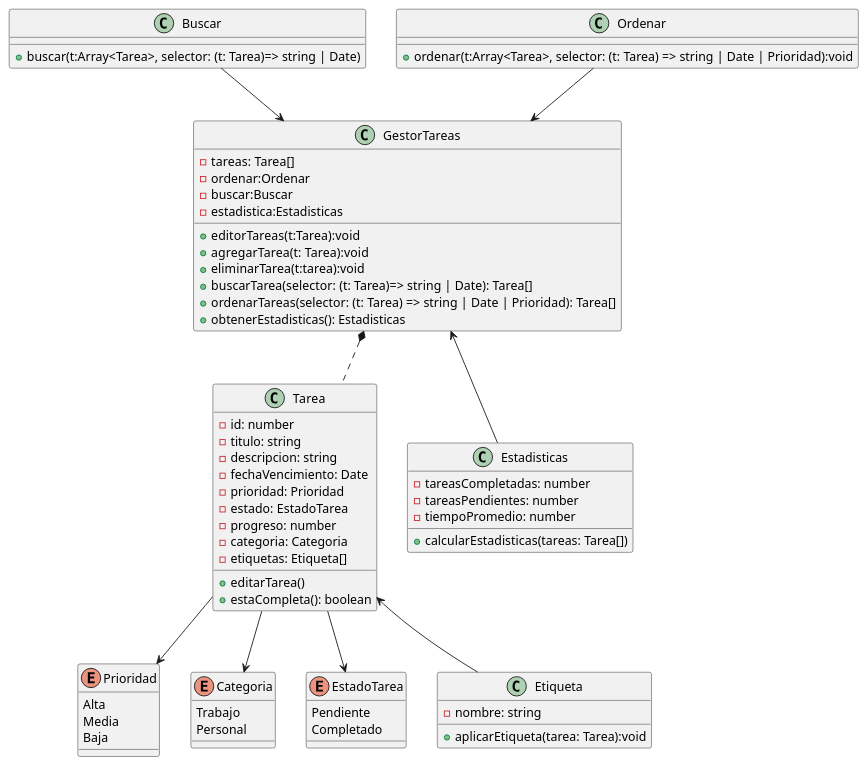
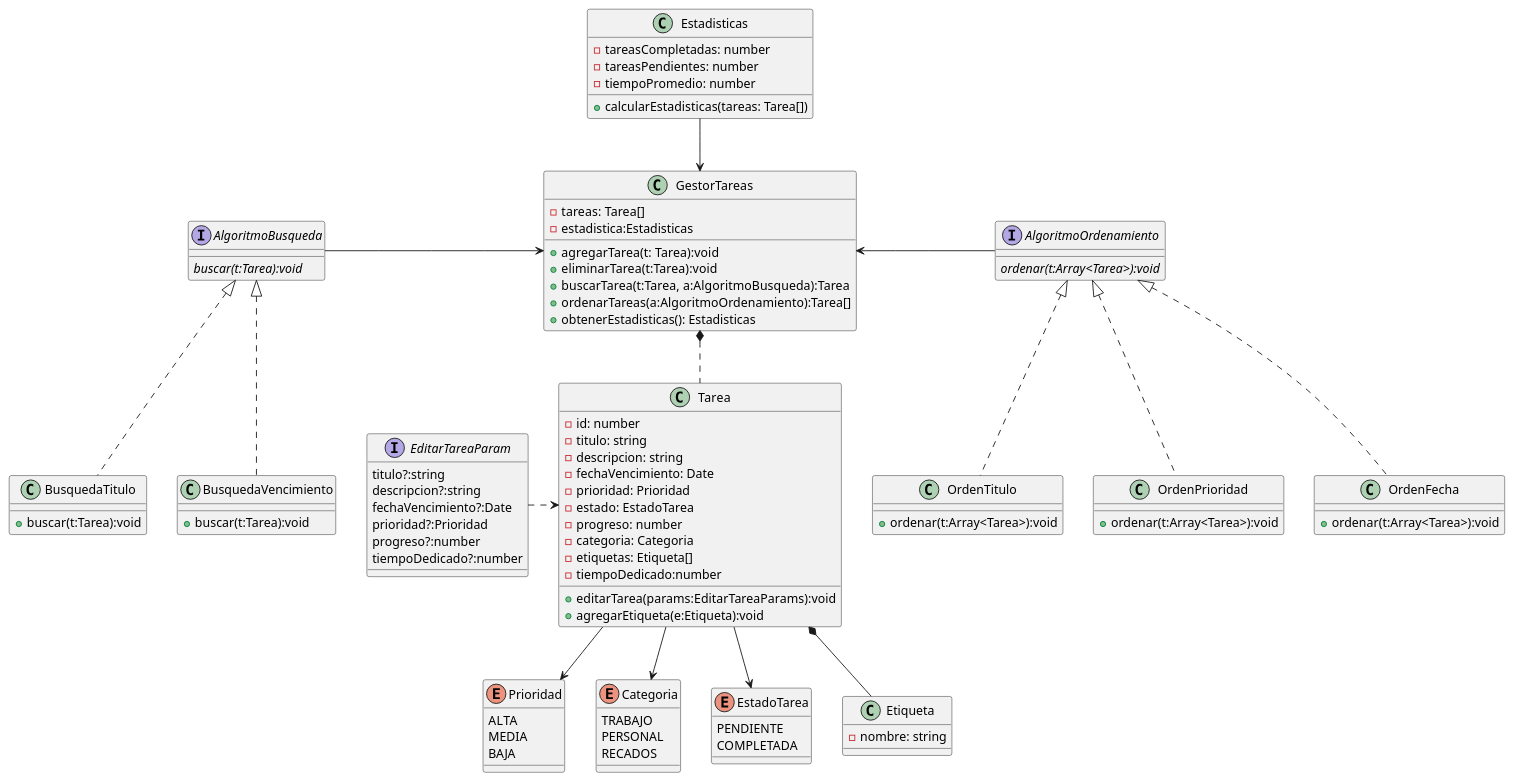
One commit to emmekka/todo_app changed the diagram in todo_app/docs/diagramav2.puml. Above: the diagram before and after it, drawn with PlantUML. The commit also changed 15 other files, not shown here.

```diff
--- a/todo_app/docs/diagramav2.puml
+++ b/todo_app/docs/diagramav2.puml
@@ -1,79 +1,106 @@
 @startuml AppTareas
 
 enum Prioridad {
-    Alta
-    Media
-    Baja
+    ALTA
+    MEDIA
+    BAJA
 }
 
 enum Categoria {
-    Trabajo
-    Personal
+    TRABAJO
+    PERSONAL
+    RECADOS
 }
 
 enum EstadoTarea {
-    Pendiente
-    Completado
+    PENDIENTE
+    COMPLETADA
+}
+
+interface EditarTareaParam {
+    titulo?:string
+    descripcion?:string
+    fechaVencimiento?:Date
+    prioridad?:Prioridad
+    progreso?:number
+    tiempoDedicado?:number
 }
 
 class Tarea {
     -id: number
     -titulo: string
     -descripcion: string
     -fechaVencimiento: Date
     -prioridad: Prioridad
     -estado: EstadoTarea
     -progreso: number
     -categoria: Categoria
     -etiquetas: Etiqueta[]
+    -tiempoDedicado:number
 
-    +editarTarea()
-    +estaCompleta(): boolean
+    +editarTarea(params:EditarTareaParams):void
+    +agregarEtiqueta(e:Etiqueta):void 
 }
 
 
 class GestorTareas {
     -tareas: Tarea[]
-    -ordenar:Ordenar
-    -buscar:Buscar
     -estadistica:Estadisticas
 
-    +editorTareas(t:Tarea):void
     +agregarTarea(t: Tarea):void
-    +eliminarTarea(t:tarea):void
-    +buscarTarea(selector: (t: Tarea)=> string | Date): Tarea[]
-    +ordenarTareas(selector: (t: Tarea) => string | Date | Prioridad): Tarea[]
+    +eliminarTarea(t:Tarea):void
+    +buscarTarea(t:Tarea, a:AlgoritmoBusqueda):Tarea
+    +ordenarTareas(a:AlgoritmoOrdenamiento):Tarea[]
     +obtenerEstadisticas(): Estadisticas
 }
 
-class Buscar {
-    +buscar(t:Array<Tarea>, selector: (t: Tarea)=> string | Date)
+interface AlgoritmoBusqueda {
+    <i>buscar(t:Tarea):void
 }
 
-class Ordenar {
-    +ordenar(t:Array<Tarea>, selector: (t: Tarea) => string | Date | Prioridad):void
+class BusquedaTitulo implements AlgoritmoBusqueda{
+    +buscar(t:Tarea):void
 }
+
+class BusquedaVencimiento implements AlgoritmoBusqueda{
+    +buscar(t:Tarea):void
+}
+
+interface AlgoritmoOrdenamiento {
+    <i>ordenar(t:Array<Tarea>):void
+}
+
+class OrdenFecha implements AlgoritmoOrdenamiento{
+    +ordenar(t:Array<Tarea>):void
+}
+
+class OrdenTitulo implements AlgoritmoOrdenamiento{
+    +ordenar(t:Array<Tarea>):void
+}
+
+class OrdenPrioridad implements AlgoritmoOrdenamiento{
+    +ordenar(t:Array<Tarea>):void
+}
+
 class Etiqueta {
     -nombre: string
-
-    +aplicarEtiqueta(tarea: Tarea):void
 }
 
 class Estadisticas {
     -tareasCompletadas: number
     -tareasPendientes: number
     -tiempoPromedio: number
 
     +calcularEstadisticas(tareas: Tarea[])
 }
 
 Tarea --> Categoria
-Tarea <-- Etiqueta
+Tarea *-- Etiqueta
 GestorTareas *.. Tarea
-GestorTareas <-- Estadisticas
+GestorTareas <--u Estadisticas
 Tarea --> Prioridad
 Tarea --> EstadoTarea
-GestorTareas <--u Ordenar
-GestorTareas <--u Buscar
-
+GestorTareas <---r AlgoritmoOrdenamiento
+GestorTareas <--l AlgoritmoBusqueda
+Tarea<..l EditarTareaParam
 @enduml
```
